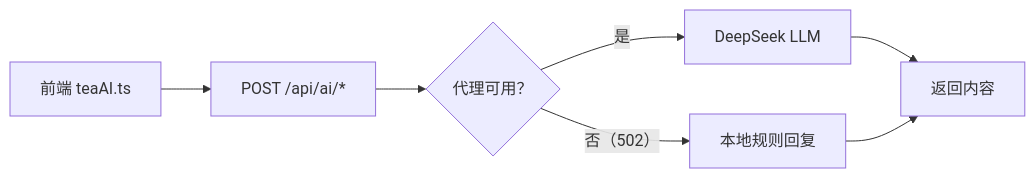
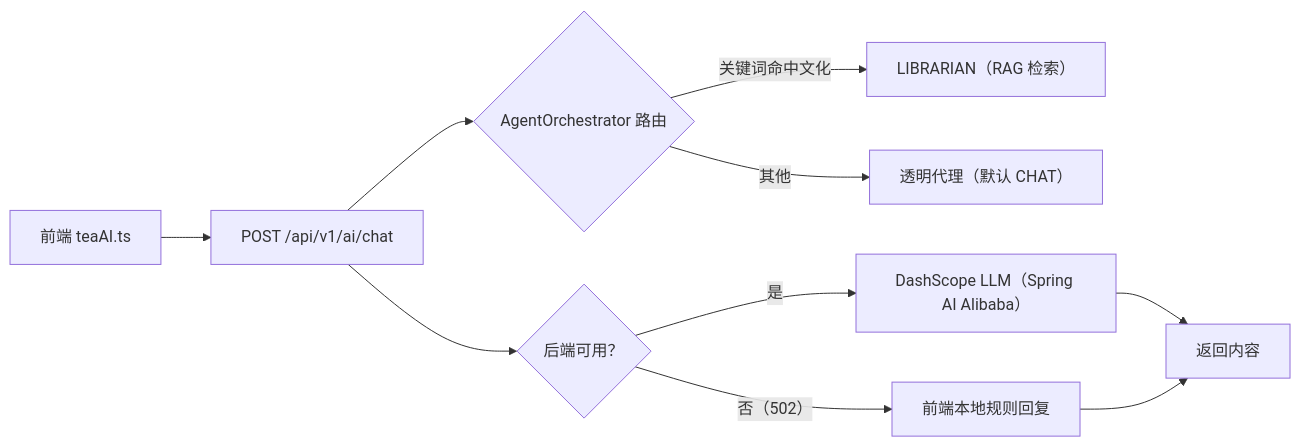
One commit to qiuqianyi66/tea-ceremony changed the fourth of 4 diagrams in docs/architecture/system-overview.md. Above: the diagram before and after it, drawn with Mermaid. The commit also changed other lines of this file and 5 other files, not shown here.

````diff
--- a/docs/architecture/system-overview.md
+++ b/docs/architecture/system-overview.md
@@ -105,9 +105,13 @@
 ```mermaid
 flowchart LR
-    A["前端 teaAI.ts"] --> B["POST /api/ai/*"]
-    B --> C{"代理可用？"}
-    C -- 是 --> D["DeepSeek LLM"]
-    C -- 否（502） --> E["本地规则回复"]
-    D --> F["返回内容"]
-    E --> F
+    A["前端 teaAI.ts"] --> B["POST /api/v1/ai/chat"]
+    B --> C{"AgentOrchestrator 路由"}
+    C -- 关键词命中文化 --> D["LIBRARIAN（RAG 检索）"]
+    C -- 其他 --> E["透明代理（默认 CHAT）"]
+    F{"后端可用？"}
+    B --> F
+    F -- 是 --> G["DashScope LLM（Spring AI Alibaba）"]
+    F -- 否（502） --> H["前端本地规则回复"]
+    G --> I["返回内容"]
+    H --> I
 ```
````
